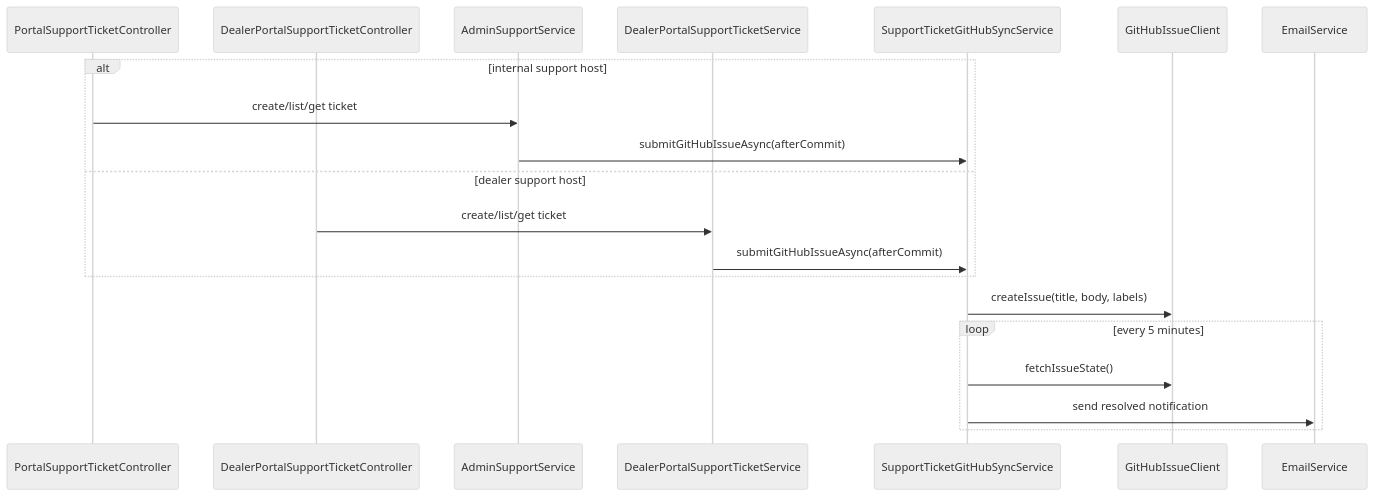
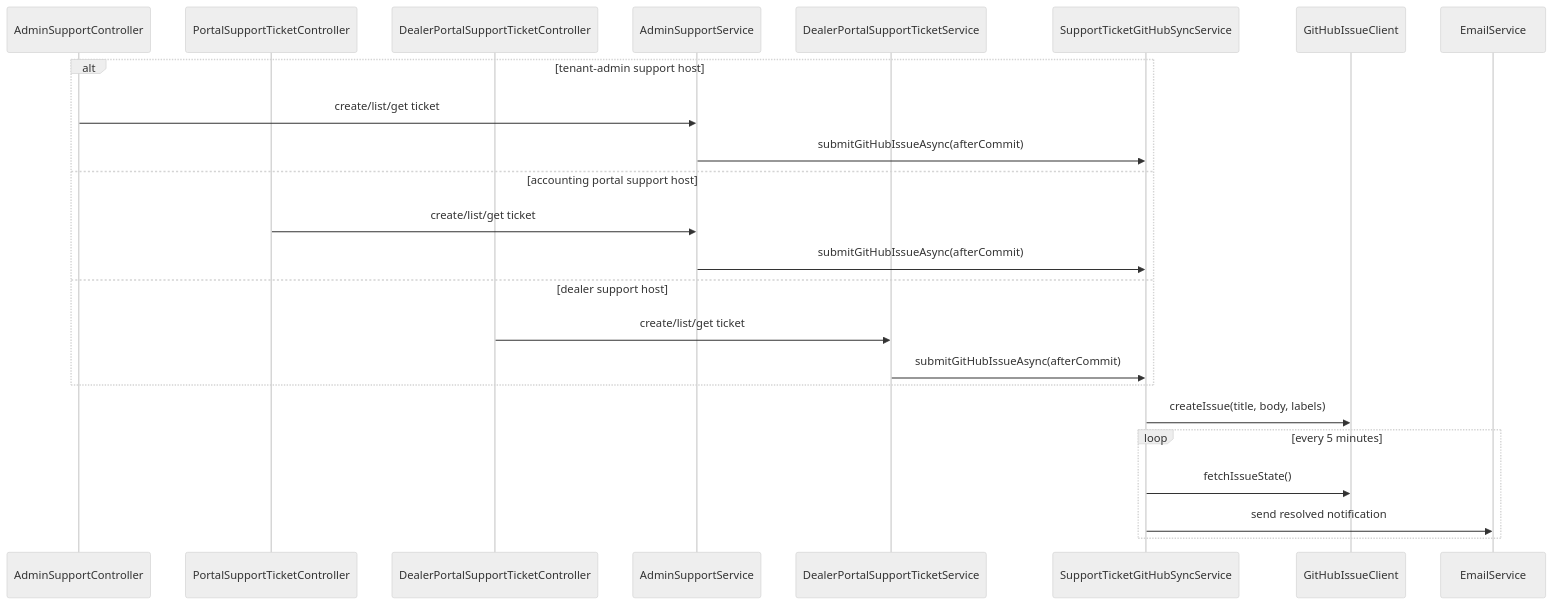
Before and after one commit to anasibnanwar-XYE/bigbrightpaints-erp: the seventh of 8 diagrams in docs/ARCHITECTURE.md, drawn with Mermaid (neutral theme). The commit also changed other lines of this file and 5 other files, not shown here.

Commit message:
docs: align tenant-admin review constraints and portal legacy reads

````diff
--- a/docs/ARCHITECTURE.md
+++ b/docs/ARCHITECTURE.md
@@ -256,23 +256,27 @@
 ```mermaid
 sequenceDiagram
+    participant ASTC as AdminSupportController
     participant PSTC as PortalSupportTicketController
     participant DSTC as DealerPortalSupportTicketController
     participant PTS as AdminSupportService
     participant DTS as DealerPortalSupportTicketService
     participant GHS as SupportTicketGitHubSyncService
     participant GHC as GitHubIssueClient
     participant Mail as EmailService
 
-    alt internal support host
+    alt tenant-admin support host
+      ASTC->>PTS: create/list/get ticket
+      PTS->>GHS: submitGitHubIssueAsync(afterCommit)
+    else accounting portal support host
       PSTC->>PTS: create/list/get ticket
       PTS->>GHS: submitGitHubIssueAsync(afterCommit)
     else dealer support host
       DSTC->>DTS: create/list/get ticket
       DTS->>GHS: submitGitHubIssueAsync(afterCommit)
     end
     GHS->>GHC: createIssue(title, body, labels)
     loop every 5 minutes
       GHS->>GHC: fetchIssueState()
       GHS->>Mail: send resolved notification
     end
 ```
````
